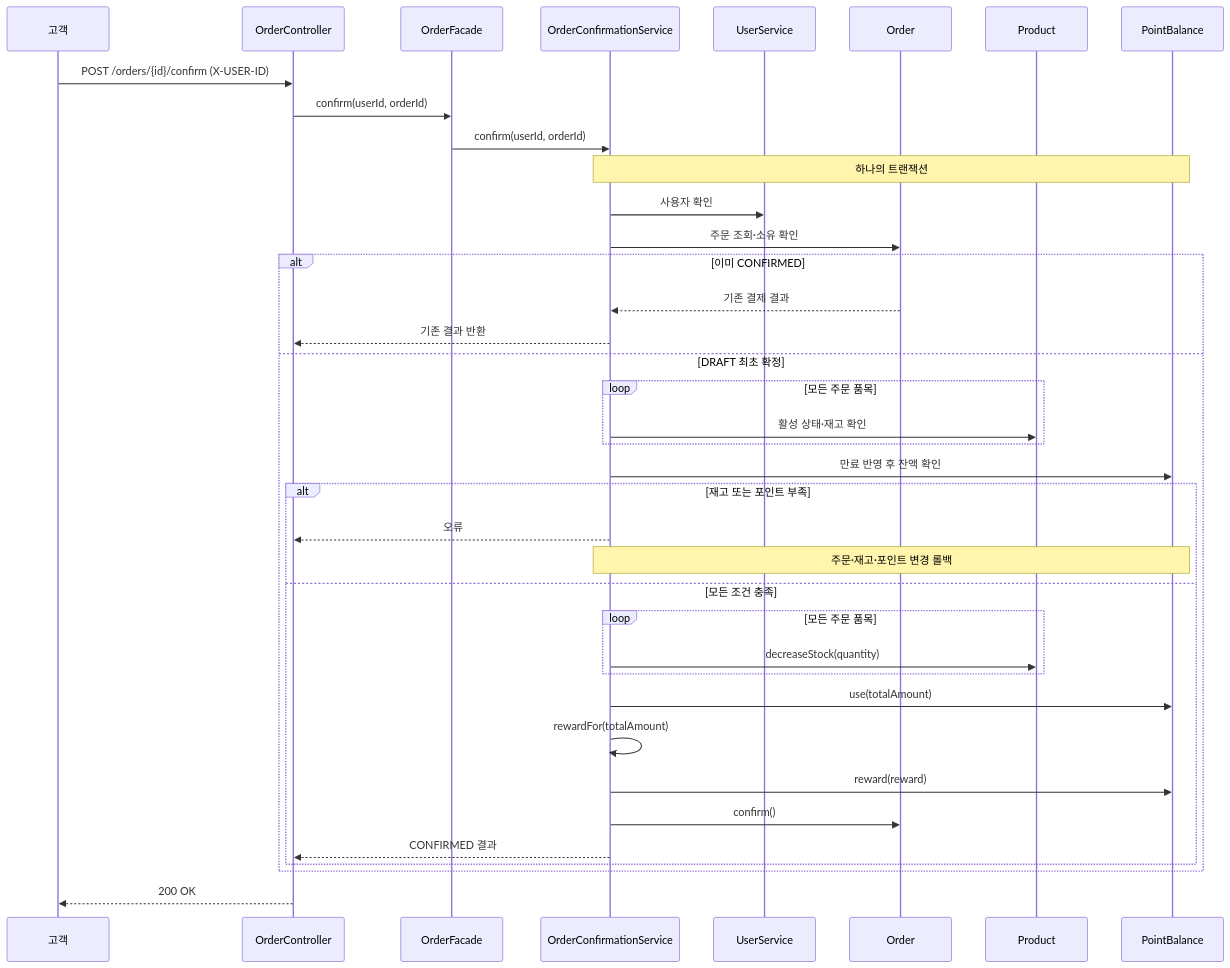
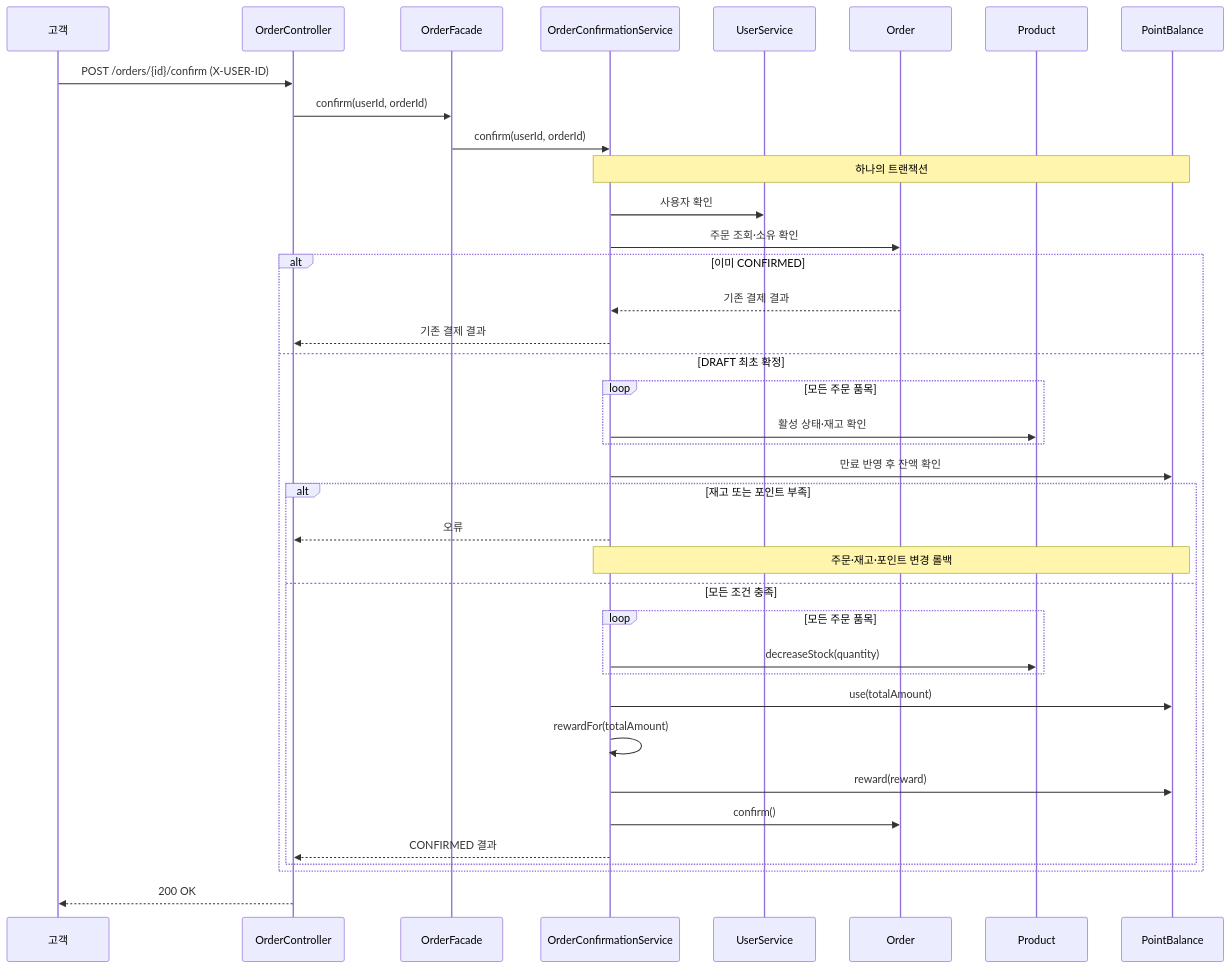
The fifth of 5 diagrams in docs/week2/design.md (hyeon-aa/loop-pack-be-l2-vol5-java), drawn with Mermaid before and after one commit. The commit also changed other lines of this file and 18 other files, not shown here.

````diff
--- a/docs/week2/design.md
+++ b/docs/week2/design.md
@@ -242,41 +242,41 @@
 ```mermaid
 sequenceDiagram
     participant Customer as 고객
     participant Api as OrderController
     participant Facade as OrderFacade
     participant Confirm as OrderConfirmationService
     participant User as UserService
     participant Order as Order
     participant Product as Product
     participant Point as PointBalance
 
     Customer->>Api: POST /orders/{id}/confirm (X-USER-ID)
     Api->>Facade: confirm(userId, orderId)
     Facade->>Confirm: confirm(userId, orderId)
     Note over Confirm,Point: 하나의 트랜잭션
     Confirm->>User: 사용자 확인
     Confirm->>Order: 주문 조회·소유 확인
     alt 이미 CONFIRMED
         Order-->>Confirm: 기존 결제 결과
-        Confirm-->>Api: 기존 결과 반환
+        Confirm-->>Api: 기존 결제 결과
     else DRAFT 최초 확정
         loop 모든 주문 품목
             Confirm->>Product: 활성 상태·재고 확인
         end
         Confirm->>Point: 만료 반영 후 잔액 확인
         alt 재고 또는 포인트 부족
             Confirm-->>Api: 오류
             Note over Confirm,Point: 주문·재고·포인트 변경 롤백
         else 모든 조건 충족
             loop 모든 주문 품목
                 Confirm->>Product: decreaseStock(quantity)
             end
             Confirm->>Point: use(totalAmount)
             Confirm->>Confirm: rewardFor(totalAmount)
             Confirm->>Point: reward(reward)
             Confirm->>Order: confirm()
             Confirm-->>Api: CONFIRMED 결과
         end
     end
     Api-->>Customer: 200 OK
 ```
````
